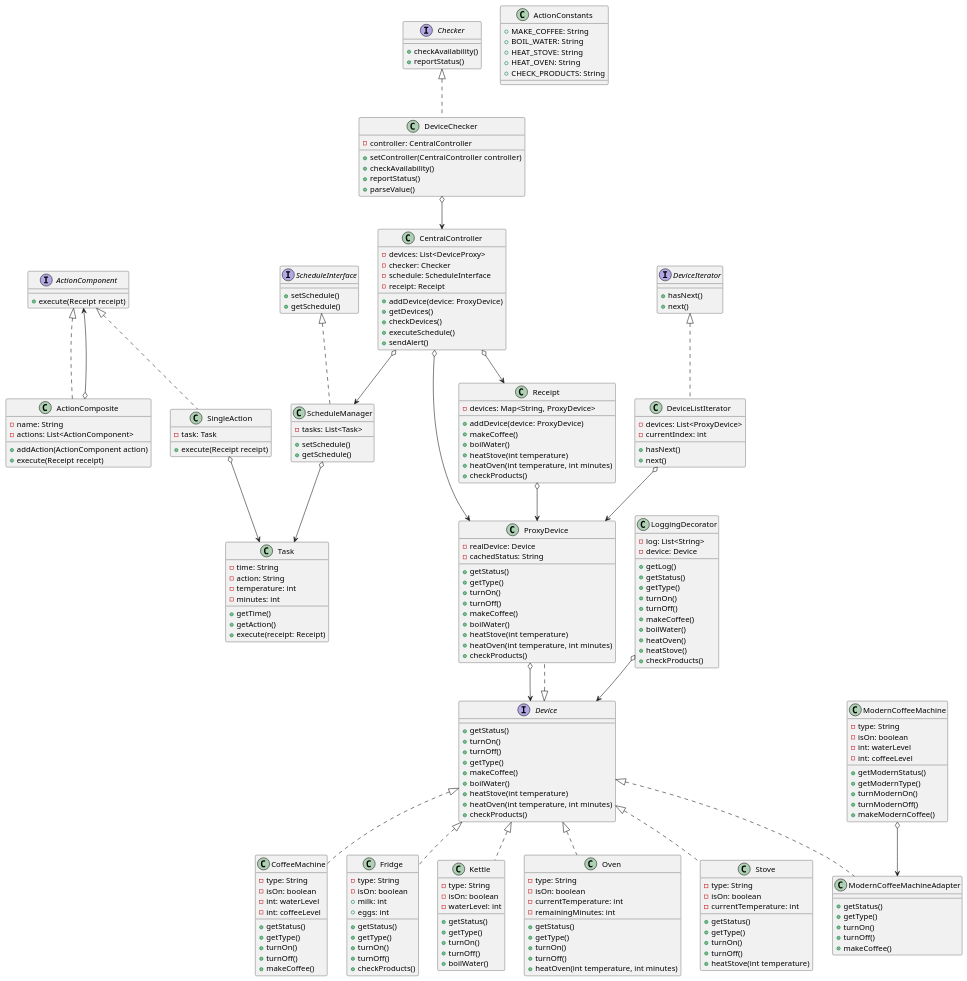
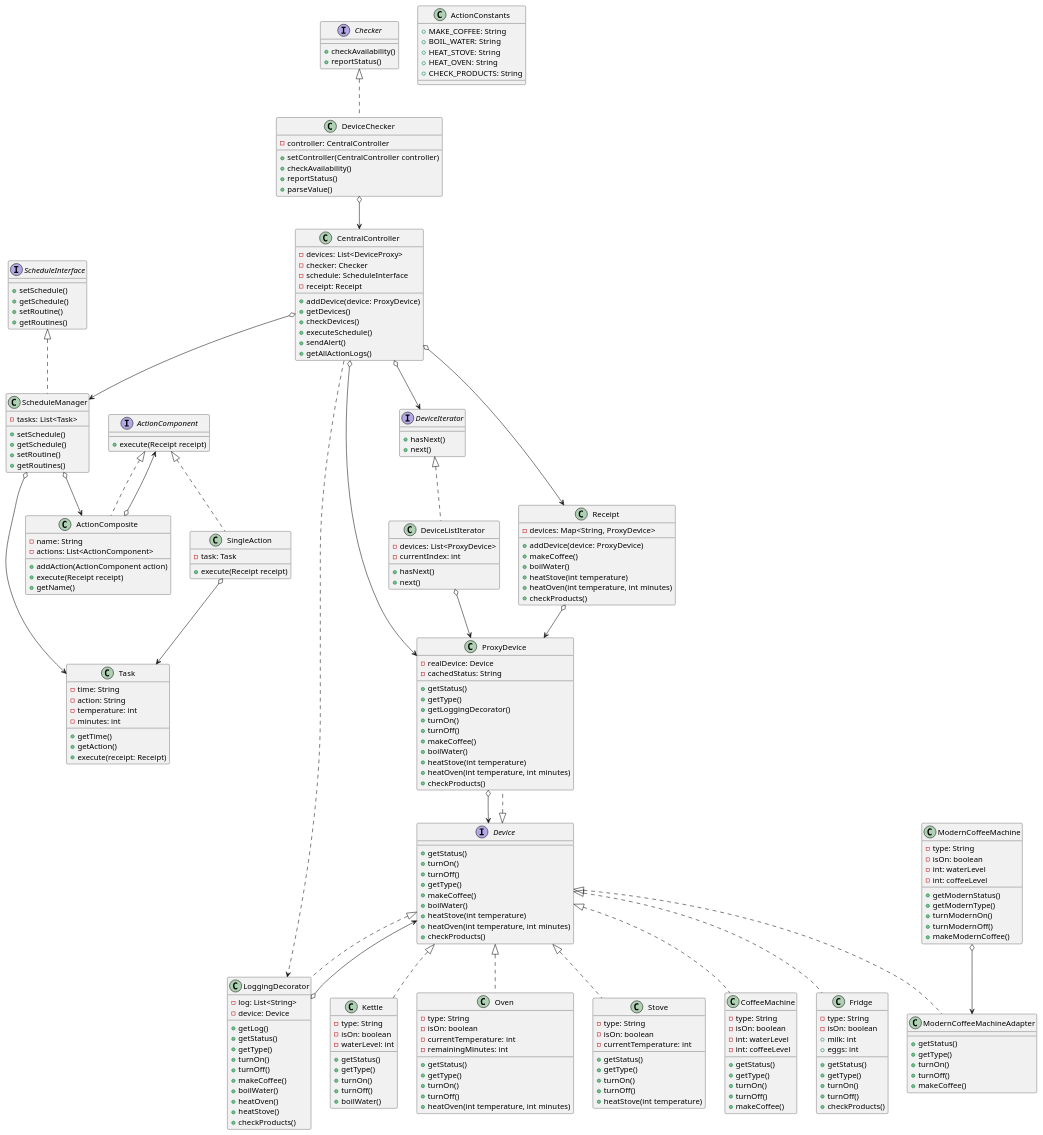
The diagram in diagram.puml (vladimir-barysh/smart_kitchen), drawn with PlantUML before and after one commit. The commit also changed 3 other files, not shown here.

```diff
--- a/diagram.puml
+++ b/diagram.puml
@@ -8,6 +8,7 @@
     -actions: List<ActionComponent>
     +addAction(ActionComponent action)
     +execute(Receipt receipt)
+    +getName()
 }
 
 class ActionConstants{
@@ -28,6 +29,7 @@
     +checkDevices()
     +executeSchedule()
     +sendAlert()
+    +getAllActionLogs()
 }
 
 interface Checker {
@@ -154,6 +156,7 @@
     -cachedStatus: String
     +getStatus()
     +getType()
+    +getLoggingDecorator()
     +turnOn()
     +turnOff()
     +makeCoffee()
@@ -176,12 +179,16 @@
 interface ScheduleInterface {
     +setSchedule()
     +getSchedule()
+    +setRoutine()
+    +getRoutines()
 }
 
 class ScheduleManager {
     -tasks: List<Task>
     +setSchedule()
     +getSchedule()
+    +setRoutine()
+    +getRoutines()
 }
 
 class SingleAction {
@@ -216,11 +223,12 @@
 Device <|.. Kettle
 Device <|.. CoffeeMachine
 Device <|.. ModernCoffeeMachineAdapter
+Device <|.. LoggingDecorator
 Device <|.. ProxyDevice
 
 ModernCoffeeMachine o--> ModernCoffeeMachineAdapter
+ProxyDevice o--> Device
 LoggingDecorator o--> Device
-ProxyDevice o--> Device
 
 Receipt o--> ProxyDevice
 CentralController o--> ProxyDevice
@@ -229,16 +237,19 @@
 
 ScheduleInterface <|.. ScheduleManager
 ScheduleManager o--> Task
+ScheduleManager o--> ActionComposite
 
 Checker <|.. DeviceChecker
 DeviceChecker o--> CentralController
 
 DeviceIterator <|.. DeviceListIterator
 DeviceListIterator o--> ProxyDevice
+CentralController o--> DeviceIterator
 
 ActionComponent <|.. ActionComposite
 ActionComponent <|.. SingleAction
 ActionComposite o--> ActionComponent
 SingleAction o--> Task
+CentralController ..> LoggingDecorator
 
 @enduml
```
